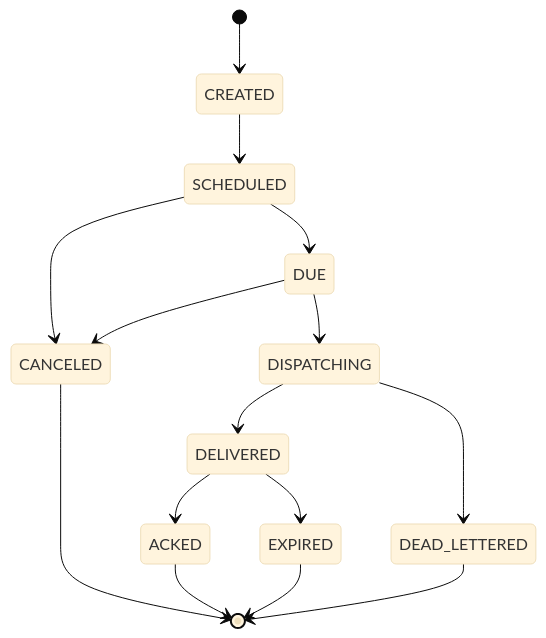
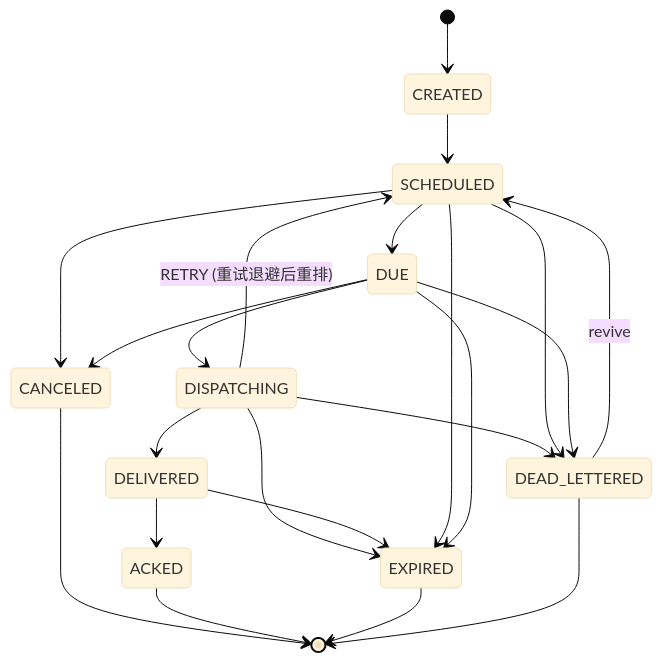
One commit to loomq/loomq changed the second of 2 diagrams in docs/architecture/core-model.md. Above: the diagram before and after it, drawn with Mermaid (base theme). The commit also changed other lines of this file and 13 other files, not shown here.

````diff
--- a/docs/architecture/core-model.md
+++ b/docs/architecture/core-model.md
@@ -43,17 +43,24 @@
 ```mermaid
 stateDiagram-v2
     [*] --> CREATED
     CREATED --> SCHEDULED
     SCHEDULED --> DUE
     SCHEDULED --> CANCELED
     DUE --> DISPATCHING
     DUE --> CANCELED
     DISPATCHING --> DELIVERED
     DISPATCHING --> DEAD_LETTERED
+    DISPATCHING --> EXPIRED
     DELIVERED --> ACKED
     DELIVERED --> EXPIRED
+    SCHEDULED --> EXPIRED
+    SCHEDULED --> DEAD_LETTERED
+    DUE --> EXPIRED
+    DUE --> DEAD_LETTERED
+    DISPATCHING --> SCHEDULED : RETRY (重试退避后重排)
+    DEAD_LETTERED --> SCHEDULED : revive
     CANCELED --> [*]
     ACKED --> [*]
     EXPIRED --> [*]
     DEAD_LETTERED --> [*]
 ```
````
